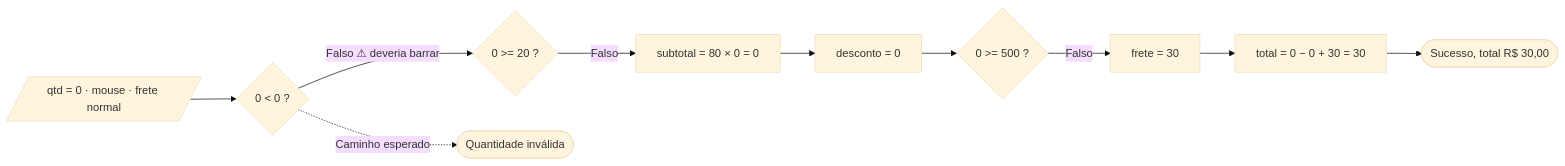
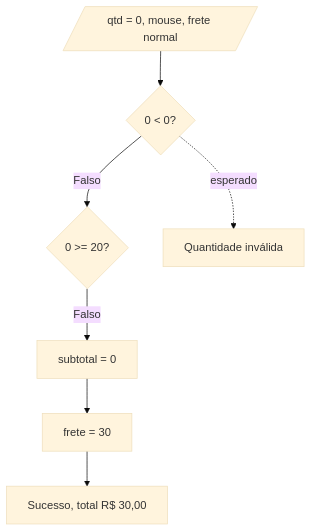
The second of 7 diagrams in README.md (italomtlindo/caixa_branca), drawn with Mermaid (base theme) before and after one commit. The commit also changed other lines of this file, not shown here.

````diff
--- a/README.md
+++ b/README.md
@@ -273,12 +256,9 @@
 ```mermaid
-flowchart LR
-    A[/qtd = 0 · mouse · frete normal/] --> B{"0 < 0 ?"}
-    B -- "Falso ⚠ deveria barrar" --> C{"0 >= 20 ?"}
-    C -- Falso --> D["subtotal = 80 × 0 = 0"]
-    D --> E["desconto = 0"]
-    E --> F{"0 >= 500 ?"}
-    F -- Falso --> G["frete = 30"]
-    G --> H["total = 0 − 0 + 30 = 30"]
-    H --> I([Sucesso, total R$ 30,00])
-    B -. "Caminho esperado" .-> X([Quantidade inválida])
+flowchart TD
+    A[/qtd = 0, mouse, frete normal/] --> B{0 < 0?}
+    B -- Falso --> C{0 >= 20?}
+    C -- Falso --> D[subtotal = 0]
+    D --> E[frete = 30]
+    E --> F[Sucesso, total R$ 30,00]
+    B -. esperado .-> G[Quantidade inválida]
 ```
````
